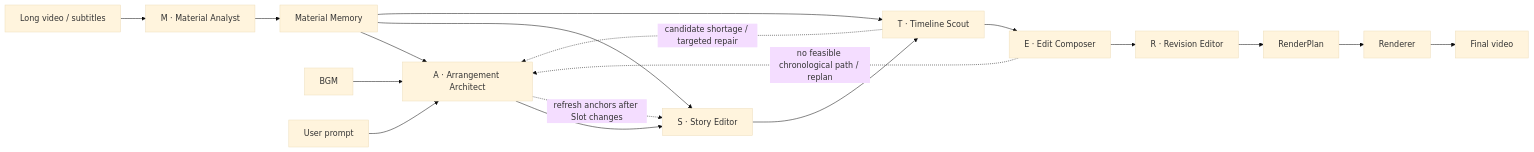
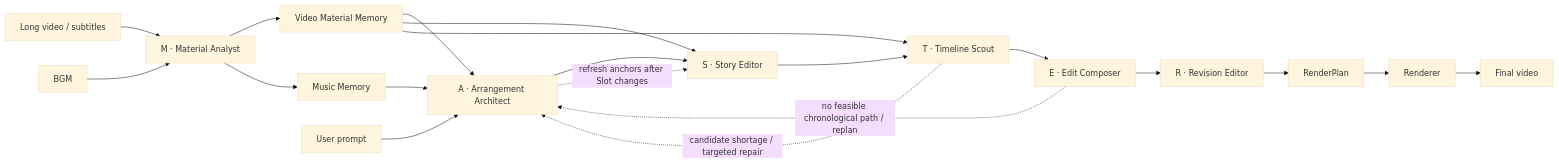
One commit to hit-felix-chen/CutMaster changed the diagram in README_EN.md. Above: the diagram before and after it, drawn with Mermaid (base theme). The commit also changed other lines of this file and 34 other files, not shown here.

Commit message:
feat: add material library for video and music analysis

````diff
--- a/README_EN.md
+++ b/README_EN.md
@@ -46,22 +46,24 @@
 ```mermaid
 flowchart LR
     V["Long video / subtitles"] --> M["M · Material Analyst"]
-    M --> MM["Material Memory"]
+    B["BGM"] --> M
+    M --> VM["Video Material Memory"]
+    M --> MU["Music Memory"]
 
-    B["BGM"] --> A["A · Arrangement Architect"]
-    P["User prompt"] --> A
-    MM --> A
+    P["User prompt"] --> A["A · Arrangement Architect"]
+    VM --> A
+    MU --> A
     A --> S["S · Story Editor"]
-    MM --> S
+    VM --> S
     S --> T["T · Timeline Scout"]
-    MM --> T
+    VM --> T
     T --> E["E · Edit Composer"]
     E --> R["R · Revision Editor"]
     R --> RP["RenderPlan"]
     RP --> RD["Renderer"]
     RD --> O["Final video"]
 
     T -. "candidate shortage / targeted repair" .-> A
     E -. "no feasible chronological path / replan" .-> A
     A -. "refresh anchors after Slot changes" .-> S
 ```
````
